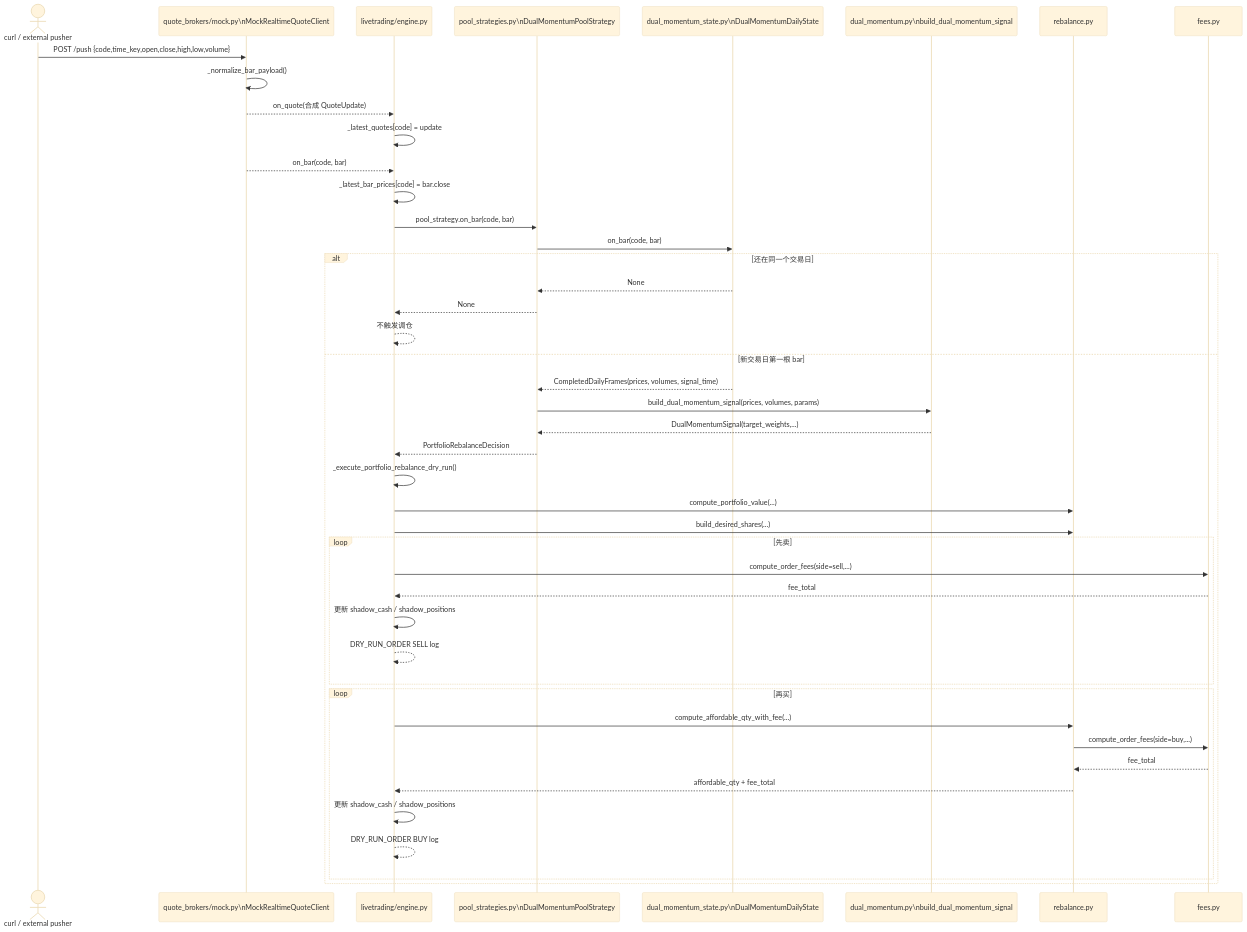
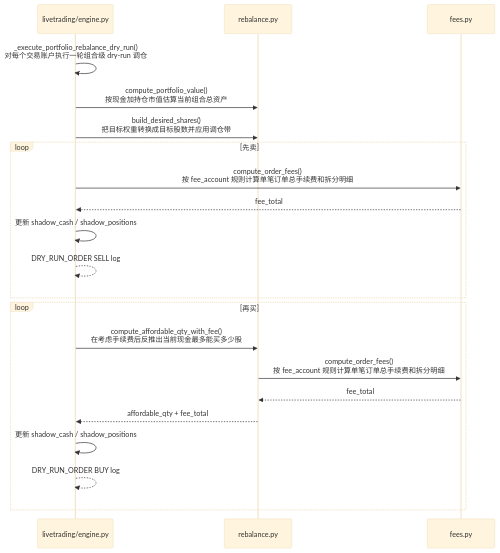
The sixth of 6 diagrams in docs/README_livetrading_mock_sequence.md (hangchow/backtest), drawn with Mermaid (base theme) before and after one commit. The commit also changed other lines of this file and 11 other files, not shown here.

Commit message:
Clarify livetrading sequence flow docs

````diff
--- a/docs/README_livetrading_mock_sequence.md
+++ b/docs/README_livetrading_mock_sequence.md
@@ -116,52 +164,26 @@
 ```mermaid
 sequenceDiagram
-    actor C as curl / external pusher
-    participant QB as quote_brokers/mock.py\nMockRealtimeQuoteClient
     participant ENG as livetrading/engine.py
-    participant PLS as pool_strategies.py\nDualMomentumPoolStrategy
-    participant STATE as dual_momentum_state.py\nDualMomentumDailyState
-    participant SIG as dual_momentum.py\nbuild_dual_momentum_signal
     participant RB as rebalance.py
     participant FEE as fees.py
 
-    C->>QB: POST /push {code,time_key,open,close,high,low,volume}
-    QB->>QB: _normalize_bar_payload()
-    QB-->>ENG: on_quote(合成 QuoteUpdate)
-    ENG->>ENG: _latest_quotes[code] = update
+    ENG->>ENG: _execute_portfolio_rebalance_dry_run()<br/>对每个交易账户执行一轮组合级 dry-run 调仓
+    ENG->>RB: compute_portfolio_value()<br/>按现金加持仓市值估算当前组合总资产
+    ENG->>RB: build_desired_shares()<br/>把目标权重转换成目标股数并应用调仓带
 
-    QB-->>ENG: on_bar(code, bar)
-    ENG->>ENG: _latest_bar_prices[code] = bar.close
-    ENG->>PLS: pool_strategy.on_bar(code, bar)
-    PLS->>STATE: on_bar(code, bar)
+    loop 先卖
+        ENG->>FEE: compute_order_fees()<br/>按 fee_account 规则计算单笔订单总手续费和拆分明细
+        FEE-->>ENG: fee_total
+        ENG->>ENG: 更新 shadow_cash / shadow_positions
+        ENG-->>ENG: DRY_RUN_ORDER SELL log
+    end
 
-    alt 还在同一个交易日
-        STATE-->>PLS: None
-        PLS-->>ENG: None
-        ENG-->>ENG: 不触发调仓
-    else 新交易日第一根 bar
-        STATE-->>PLS: CompletedDailyFrames(prices, volumes, signal_time)
-        PLS->>SIG: build_dual_momentum_signal(prices, volumes, params)
-        SIG-->>PLS: DualMomentumSignal(target_weights,...)
-        PLS-->>ENG: PortfolioRebalanceDecision
-
-        ENG->>ENG: _execute_portfolio_rebalance_dry_run()
-        ENG->>RB: compute_portfolio_value(...)
-        ENG->>RB: build_desired_shares(...)
-
-        loop 先卖
-            ENG->>FEE: compute_order_fees(side=sell,...)
-            FEE-->>ENG: fee_total
-            ENG->>ENG: 更新 shadow_cash / shadow_positions
-            ENG-->>ENG: DRY_RUN_ORDER SELL log
-        end
-
-        loop 再买
-            ENG->>RB: compute_affordable_qty_with_fee(...)
-            RB->>FEE: compute_order_fees(side=buy,...)
-            FEE-->>RB: fee_total
-            RB-->>ENG: affordable_qty + fee_total
-            ENG->>ENG: 更新 shadow_cash / shadow_positions
-            ENG-->>ENG: DRY_RUN_ORDER BUY log
-        end
+    loop 再买
+        ENG->>RB: compute_affordable_qty_with_fee()<br/>在考虑手续费后反推出当前现金最多能买多少股
+        RB->>FEE: compute_order_fees()<br/>按 fee_account 规则计算单笔订单总手续费和拆分明细
+        FEE-->>RB: fee_total
+        RB-->>ENG: affordable_qty + fee_total
+        ENG->>ENG: 更新 shadow_cash / shadow_positions
+        ENG-->>ENG: DRY_RUN_ORDER BUY log
     end
 ```
````
